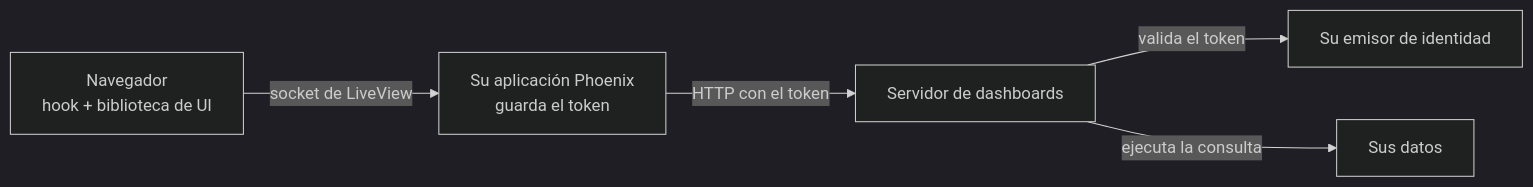
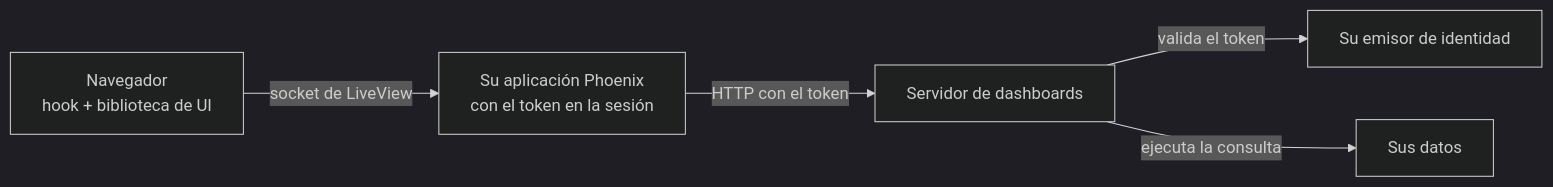
One commit to microboxlabs/modulariot changed the diagram in turbo-repo/apps/docs/content/es/products/dashboards/tutorials/embed-in-phoenix-liveview.mdx. Above: the diagram before and after it, drawn with Mermaid (dark theme). The commit also changed other lines of this file and 1 other file, not shown here.

First line of the commit message:
docs(dashboards): LiveView review fixes

````diff
--- a/turbo-repo/apps/docs/content/es/products/dashboards/tutorials/embed-in-phoenix-liveview.mdx
+++ b/turbo-repo/apps/docs/content/es/products/dashboards/tutorials/embed-in-phoenix-liveview.mdx
@@ -19,7 +13,7 @@
 ```mermaid
 flowchart LR
-  B[Navegador<br/>hook + biblioteca de UI] -- "socket de LiveView" --> P[Su aplicación Phoenix<br/>guarda el token]
+  B[Navegador<br/>hook + biblioteca de UI] -- "socket de LiveView" --> P[Su aplicación Phoenix<br/>con el token en la sesión]
   P -- "HTTP con el token" --> S[Servidor de dashboards]
   S -- "valida el token" --> I[Su emisor de identidad]
   S -- "ejecuta la consulta" --> D[Sus datos]
 ```
````
